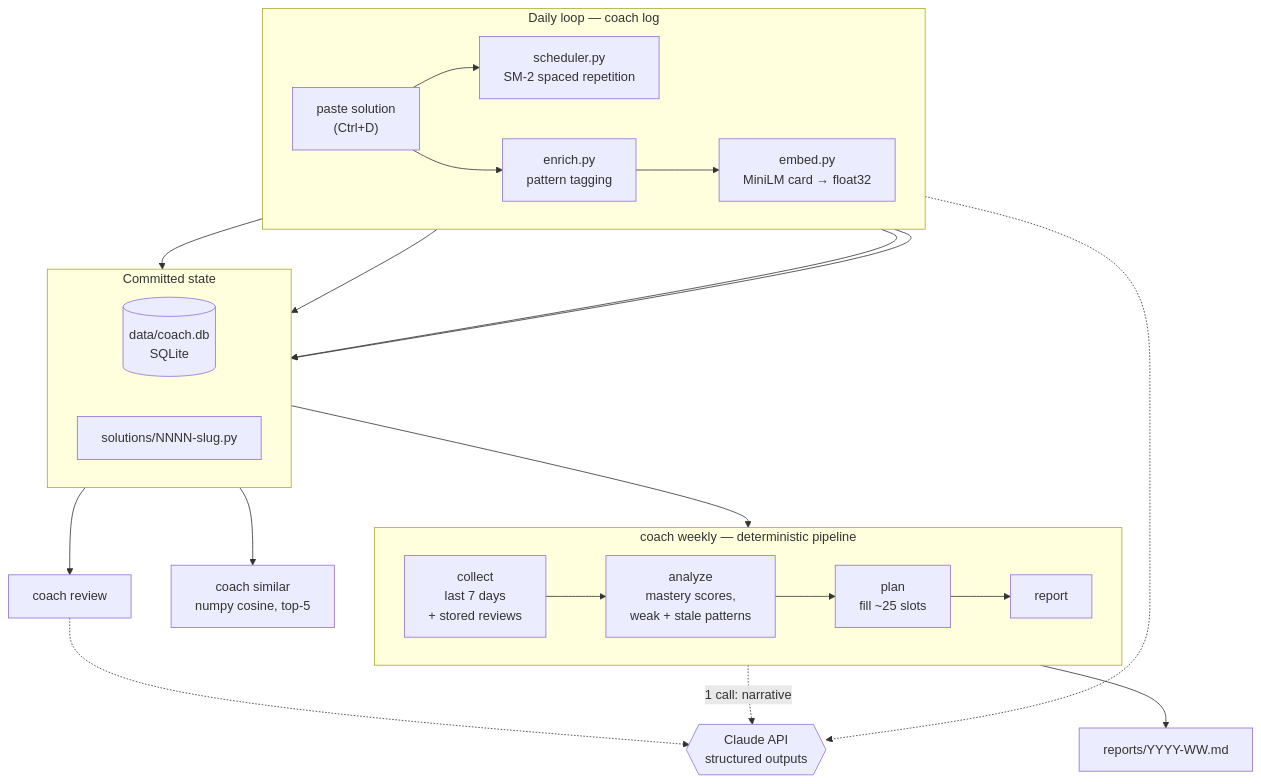
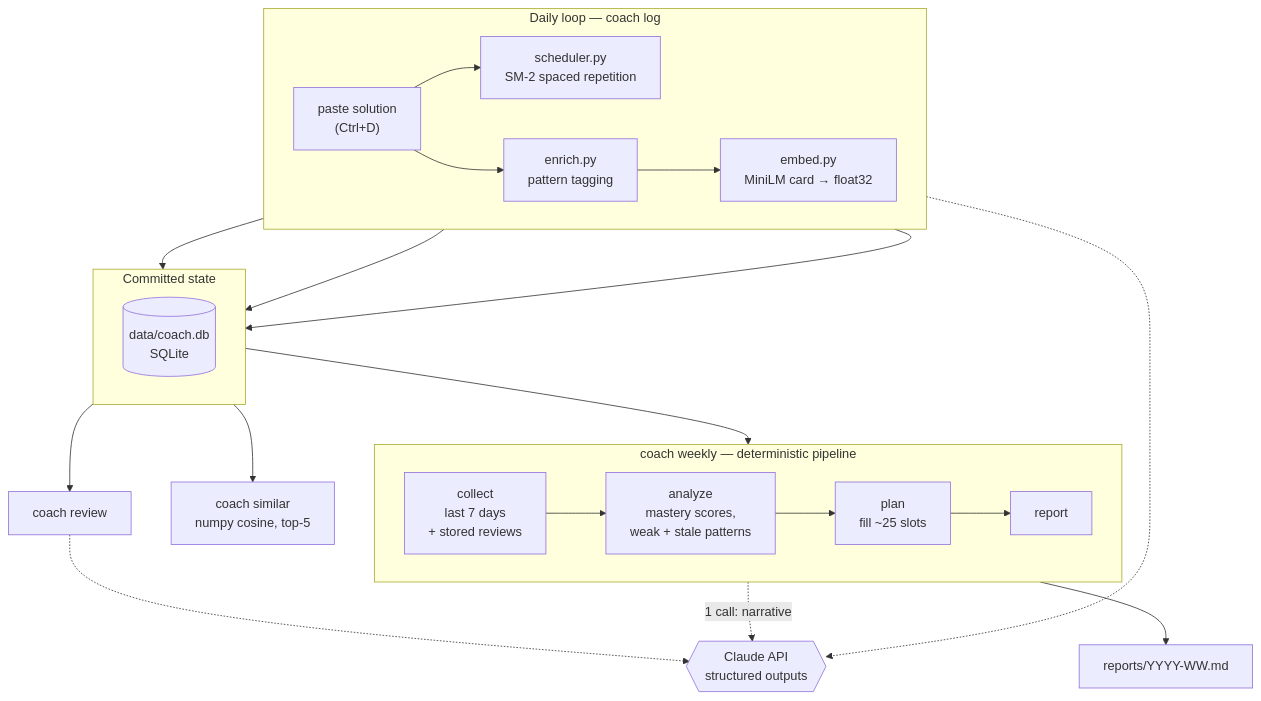
Before and after one commit to AvivE453/leetcode-coach: the diagram in README.md, drawn with Mermaid. The commit also changed other lines of this file and 31 other files, not shown here.

````diff
--- a/README.md
+++ b/README.md
@@ -18,36 +18,34 @@
 ```mermaid
 flowchart TB
     subgraph daily ["Daily loop — coach log"]
         direction LR
         paste["paste solution<br/>(Ctrl+D)"] --> sm2["scheduler.py<br/>SM-2 spaced repetition"]
         paste --> enr["enrich.py<br/>pattern tagging"]
         enr --> emb["embed.py<br/>MiniLM card → float32"]
     end
 
     subgraph state ["Committed state"]
         direction LR
         db[("data/coach.db<br/>SQLite")]
-        files["solutions/NNNN-slug.py"]
     end
 
     subgraph weeklyp ["coach weekly — deterministic pipeline"]
         direction LR
         c["collect<br/>last 7 days<br/>+ stored reviews"] --> a["analyze<br/>mastery scores,<br/>weak + stale patterns"] --> p["plan<br/>fill ~25 slots"] --> r["report"]
     end
 
     api{{"Claude API<br/>structured outputs"}}
 
-    paste --> files
     sm2 --> db
     enr --> db
     emb --> db
     db --> c
     r --> md["reports/YYYY-WW.md"]
 
     enr -.-> api
     r -.->|"1 call: narrative"| api
 
     db --> sim["coach similar<br/>numpy cosine, top-5"]
     db --> rev["coach review"]
     rev -.-> api
 ```
````
